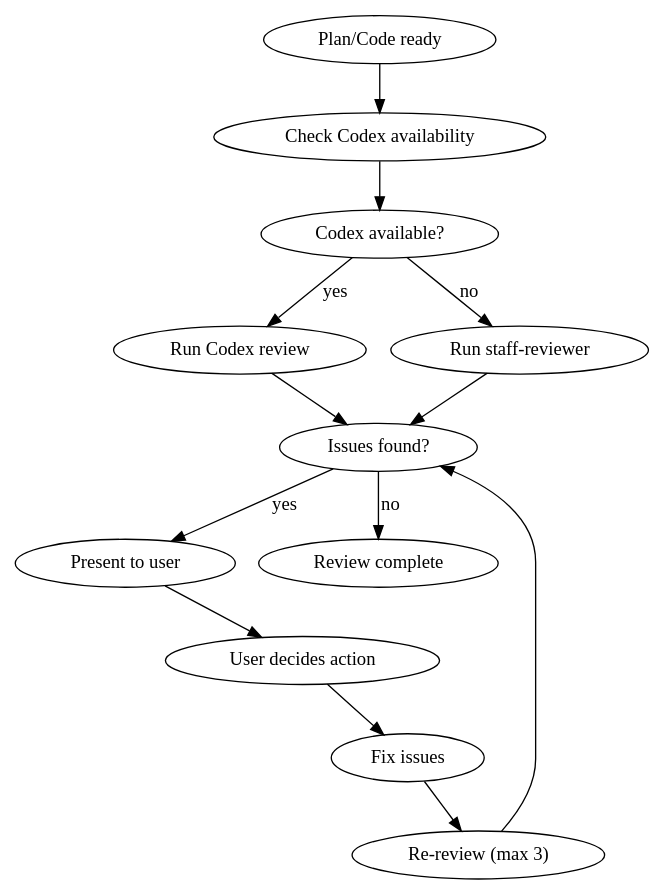
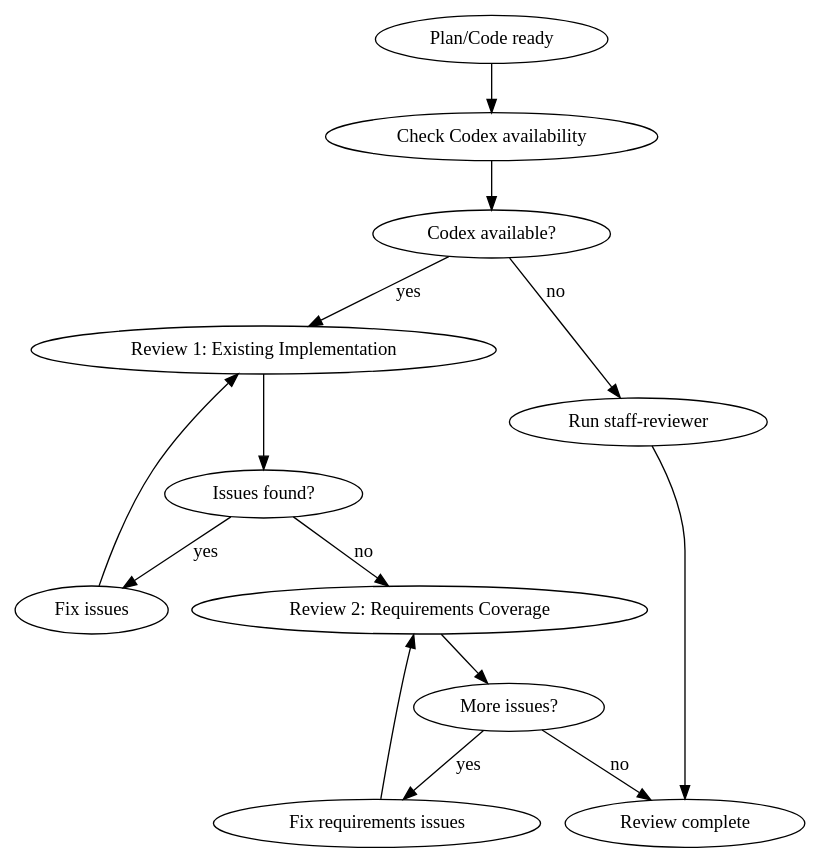
Before and after one commit to tasai-lab/fractal-dev-workflow: the diagram in skills/codex-review/SKILL.md, drawn with Graphviz. The commit also changed other lines of this file and 5 other files, not shown here.

````diff
--- a/skills/codex-review/SKILL.md
+++ b/skills/codex-review/SKILL.md
@@ -24,16 +33,17 @@
 ```dot
 digraph review {
     "Plan/Code ready" -> "Check Codex availability";
     "Check Codex availability" -> "Codex available?" [shape=diamond];
-    "Codex available?" -> "Run Codex review" [label="yes"];
+    "Codex available?" -> "Review 1: Existing Implementation" [label="yes"];
     "Codex available?" -> "Run staff-reviewer" [label="no"];
-    "Run Codex review" -> "Issues found?" [shape=diamond];
-    "Run staff-reviewer" -> "Issues found?" [shape=diamond];
-    "Issues found?" -> "Present to user" [label="yes"];
-    "Present to user" -> "User decides action";
-    "User decides action" -> "Fix issues";
-    "Fix issues" -> "Re-review (max 3)";
-    "Re-review (max 3)" -> "Issues found?";
-    "Issues found?" -> "Review complete" [label="no"];
+    "Review 1: Existing Implementation" -> "Issues found?" [shape=diamond];
+    "Issues found?" -> "Fix issues" [label="yes"];
+    "Fix issues" -> "Review 1: Existing Implementation";
+    "Issues found?" -> "Review 2: Requirements Coverage" [label="no"];
+    "Review 2: Requirements Coverage" -> "More issues?" [shape=diamond];
+    "More issues?" -> "Fix requirements issues" [label="yes"];
+    "Fix requirements issues" -> "Review 2: Requirements Coverage";
+    "More issues?" -> "Review complete" [label="no"];
+    "Run staff-reviewer" -> "Review complete";
 }
 ```
````
